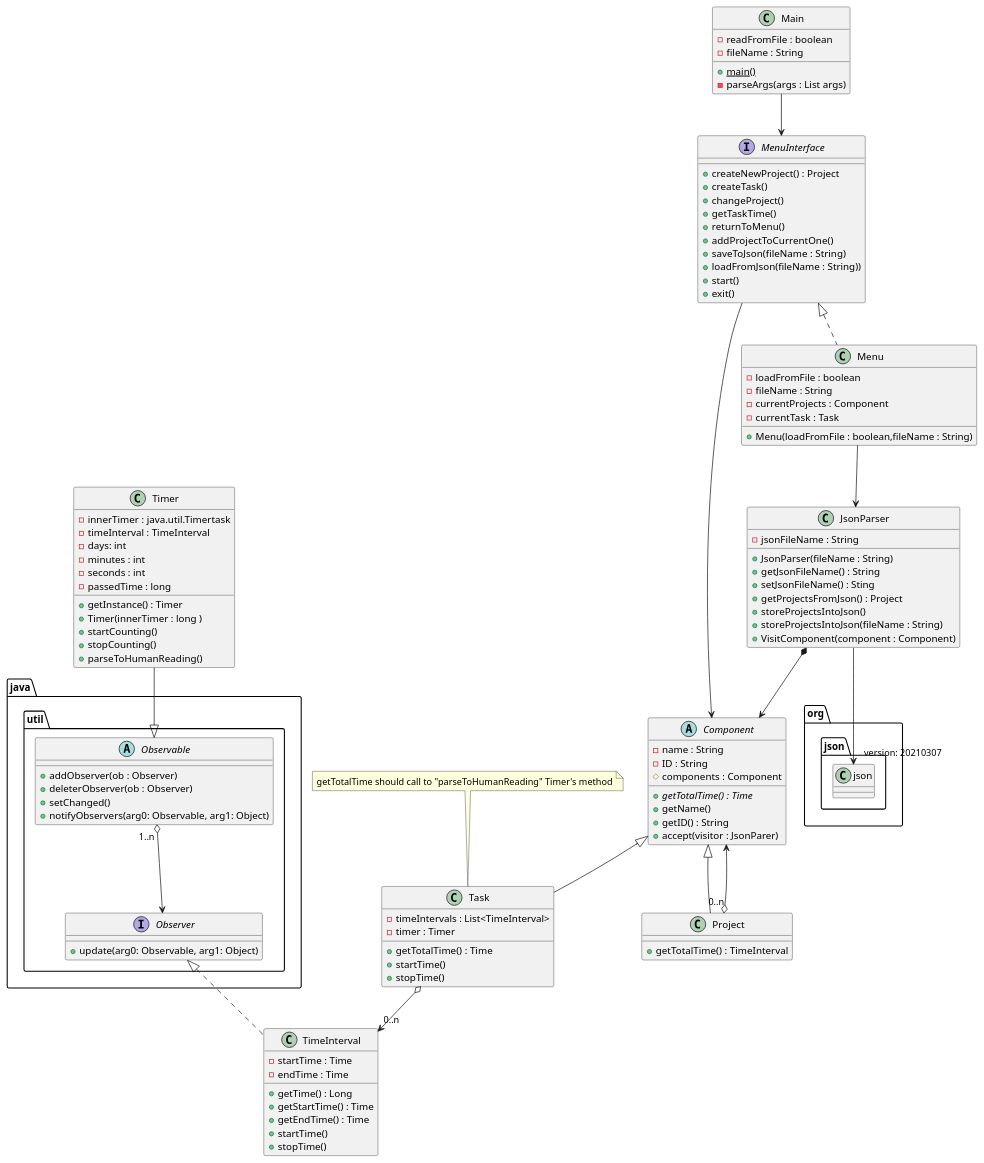
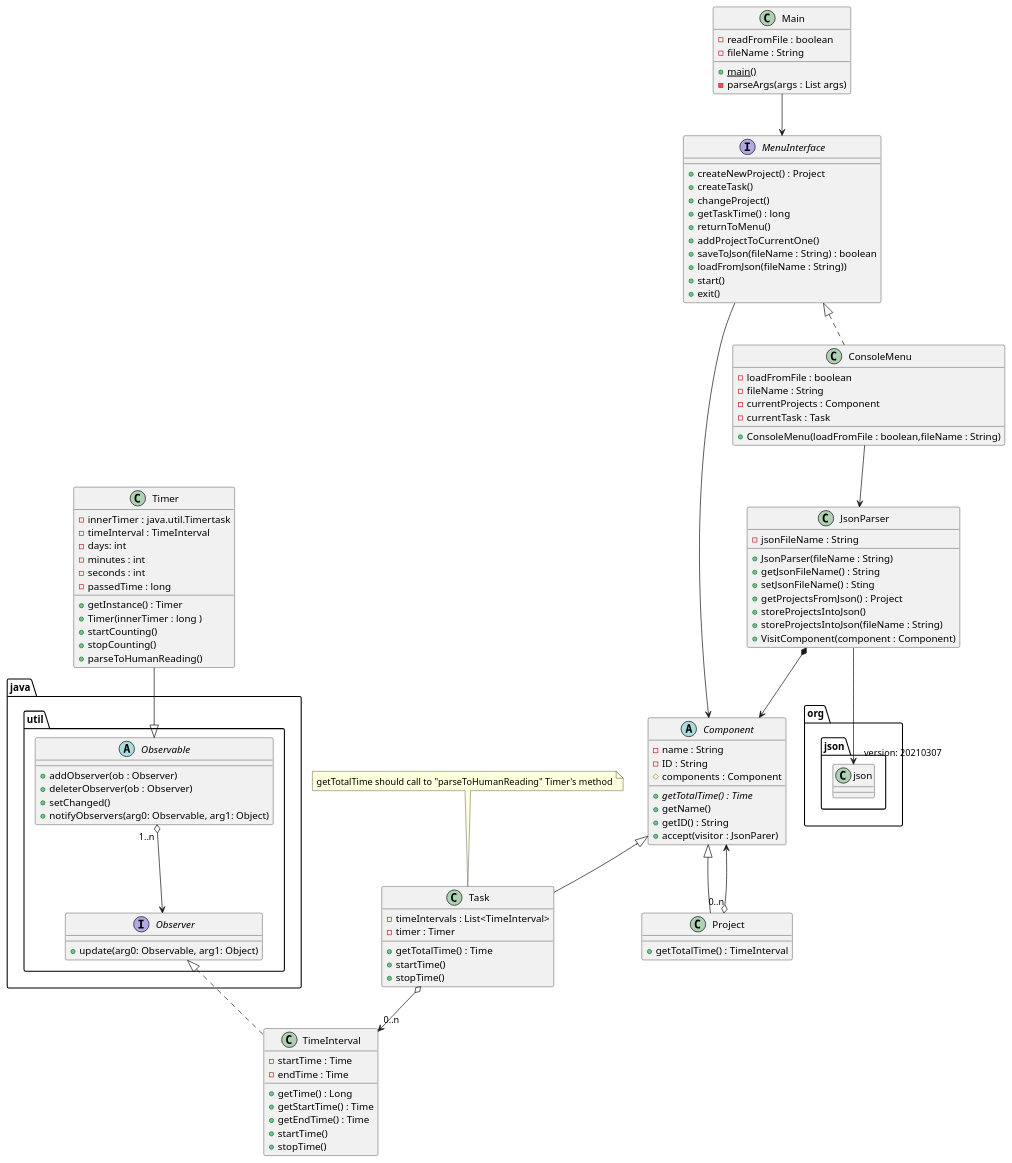
The diagram in src/main/resources/design.puml (gaspar44/time-tracking), drawn with PlantUML before and after one commit. The commit also changed 5 other files, not shown here.

Commit message:
Added MenuInterface - Added a template of menuImplementation. - Added a test sample

```diff
--- a/src/main/resources/design.puml
+++ b/src/main/resources/design.puml
@@ -1,116 +1,116 @@
 @startuml
 abstract class Component {
     - name : String
     - ID : String
     # components : Component
     + {abstract} getTotalTime() : Time
     + getName()
     + getID() : String
     + accept(visitor : JsonParer)
 }
 
 class TimeInterval  implements java.util.Observer {
     - startTime : Time
     - endTime : Time
     + getTime() : Long
     + getStartTime() : Time
     + getEndTime() : Time
     + startTime()
     + stopTime()
 }
 
 abstract class java.util.Observable{
 
 + addObserver(ob : Observer)
 + deleterObserver(ob : Observer)
 + setChanged()
 + notifyObservers(arg0: Observable, arg1: Object)
 
 }
 
 interface java.util.Observer {
 
 + update(arg0: Observable, arg1: Object)
 
 }
 
 
 class Project extends Component{
     + getTotalTime() : TimeInterval
 }
 
 class Task extends Component {
     - timeIntervals : List<TimeInterval>
     - timer : Timer
     + getTotalTime() : Time
     + startTime()
     + stopTime()
 }
 
 class Timer {
     - innerTimer : java.util.Timertask
     - timeInterval : TimeInterval
     - days: int
     - minutes : int
     - seconds : int
     - passedTime : long
     + getInstance() : Timer
     + Timer(innerTimer : long )
     + startCounting()
     + stopCounting()
     + parseToHumanReading()
 }
 
 class JsonParser {
     - jsonFileName : String
     + JsonParser(fileName : String)
     + getJsonFileName() : String
     + setJsonFileName() : Sting
     + getProjectsFromJson() : Project
     + storeProjectsIntoJson()
     + storeProjectsIntoJson(fileName : String)
     + VisitComponent(component : Component)
 }
 
 class Main {
     - readFromFile : boolean
     - fileName : String
     + {static} main()
     - parseArgs(args : List args)
 }
 
 interface MenuInterface {
     + createNewProject() : Project
     + createTask()
     + changeProject()
-    + getTaskTime()
+    + getTaskTime() : long
     + returnToMenu()
     + addProjectToCurrentOne()
-    + saveToJson(fileName : String)
+    + saveToJson(fileName : String) : boolean
     + loadFromJson(fileName : String))
     + start()
     + exit()
 }
 
-class Menu implements MenuInterface {
-    + Menu(loadFromFile : boolean,fileName : String)
+class ConsoleMenu implements MenuInterface {
+    + ConsoleMenu(loadFromFile : boolean,fileName : String)
     - loadFromFile : boolean
     - fileName : String
     - currentProjects : Component
     - currentTask : Task
 }
 
 note top of Task {
     getTotalTime should call to "parseToHumanReading" Timer's method
 }
 
 JsonParser --> "version: 20210307" org.json.json
 Main --> MenuInterface
-Menu --> JsonParser
+ConsoleMenu --> JsonParser
 JsonParser *--> Component
 Project "0..n" o--> Component
 MenuInterface --> Component
 Task o--> "0..n" TimeInterval
 java.util.Observable "1..n " o--> java.util.Observer
 Timer --|> java.util.Observable
 @enduml
```
